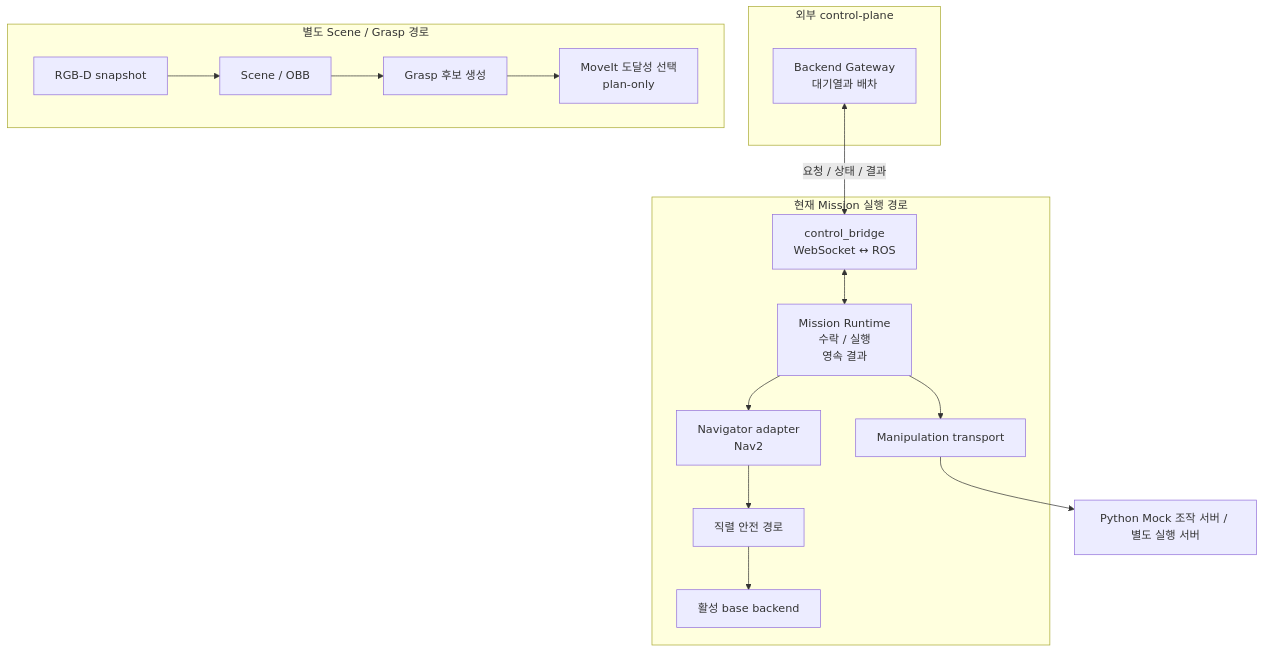
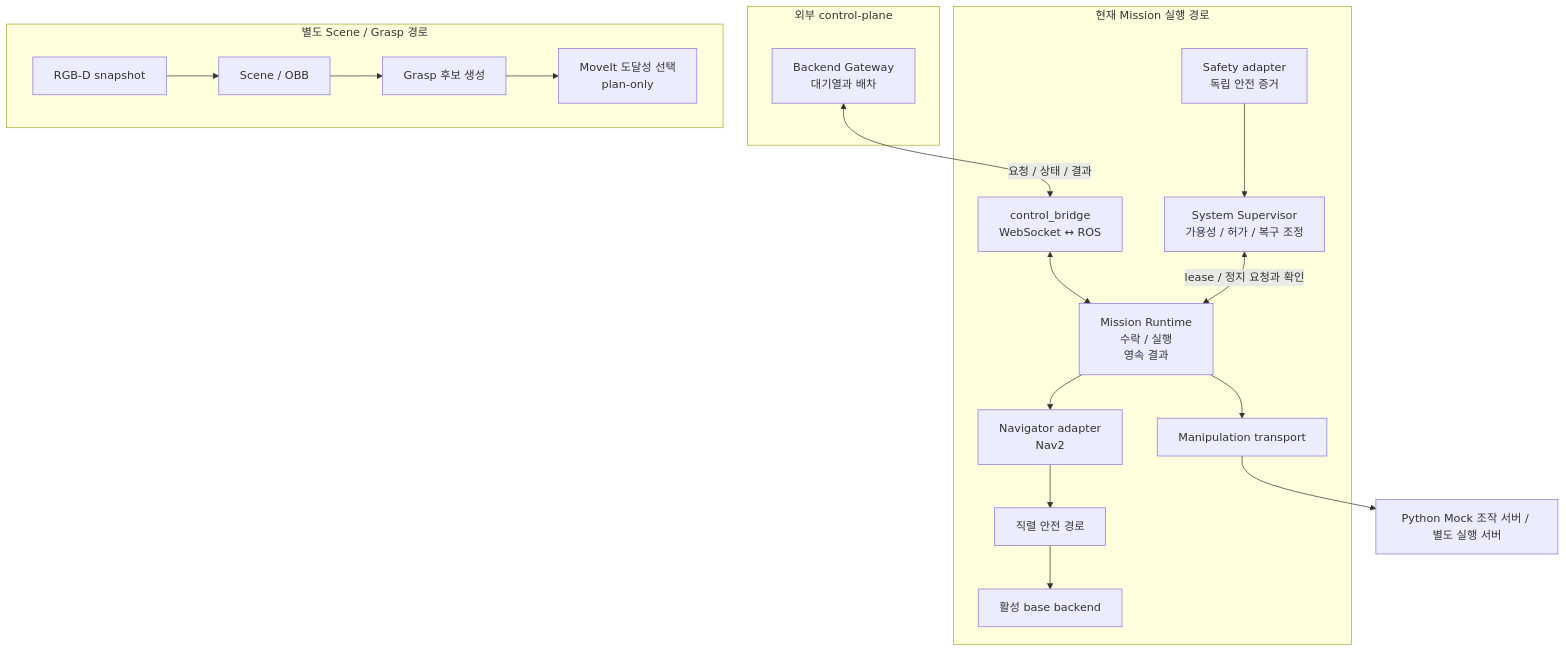
The first of 2 diagrams in docs/INTEGRATION.md (asm17-moving-agent/cleany), drawn with Mermaid before and after one commit. The commit also changed other lines of this file and 3 other files, not shown here.

````diff
--- a/docs/INTEGRATION.md
+++ b/docs/INTEGRATION.md
@@ -7,24 +7,28 @@
 ```mermaid
 flowchart TB
     subgraph Cloud["외부 control-plane"]
         Gateway["Backend Gateway<br/>대기열과 배차"]
     end
     subgraph Runtime["현재 Mission 실행 경로"]
         Bridge["control_bridge<br/>WebSocket ↔ ROS"]
         Mission["Mission Runtime<br/>수락 / 실행<br/>영속 결과"]
         Nav["Navigator adapter<br/>Nav2"]
         Safety["직렬 안전 경로"]
         Base["활성 base backend"]
         Manip["Manipulation transport"]
+        Sup["System Supervisor<br/>가용성 / 허가 / 복구 조정"]
+        Evidence["Safety adapter<br/>독립 안전 증거"]
     end
     Peer["Python Mock 조작 서버 / 별도 실행 서버"]
     Gateway <-->|"요청 / 상태 / 결과"| Bridge
     Bridge <--> Mission
     Mission --> Nav --> Safety --> Base
     Mission --> Manip --> Peer
+    Sup <-->|"lease / 정지 요청과 확인"| Mission
+    Evidence --> Sup
     subgraph Grasp["별도 Scene / Grasp 경로"]
         RGBD["RGB-D snapshot"] --> Scene["Scene / OBB"]
         Scene --> Candidates["Grasp 후보 생성"]
         Candidates --> Select["MoveIt 도달성 선택<br/>plan-only"]
     end
 ```
````
